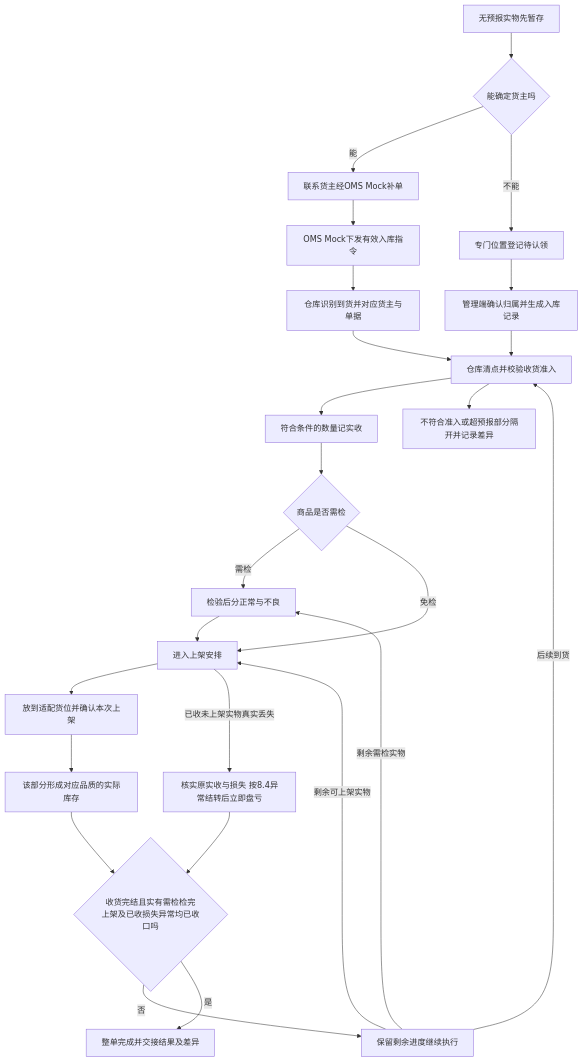
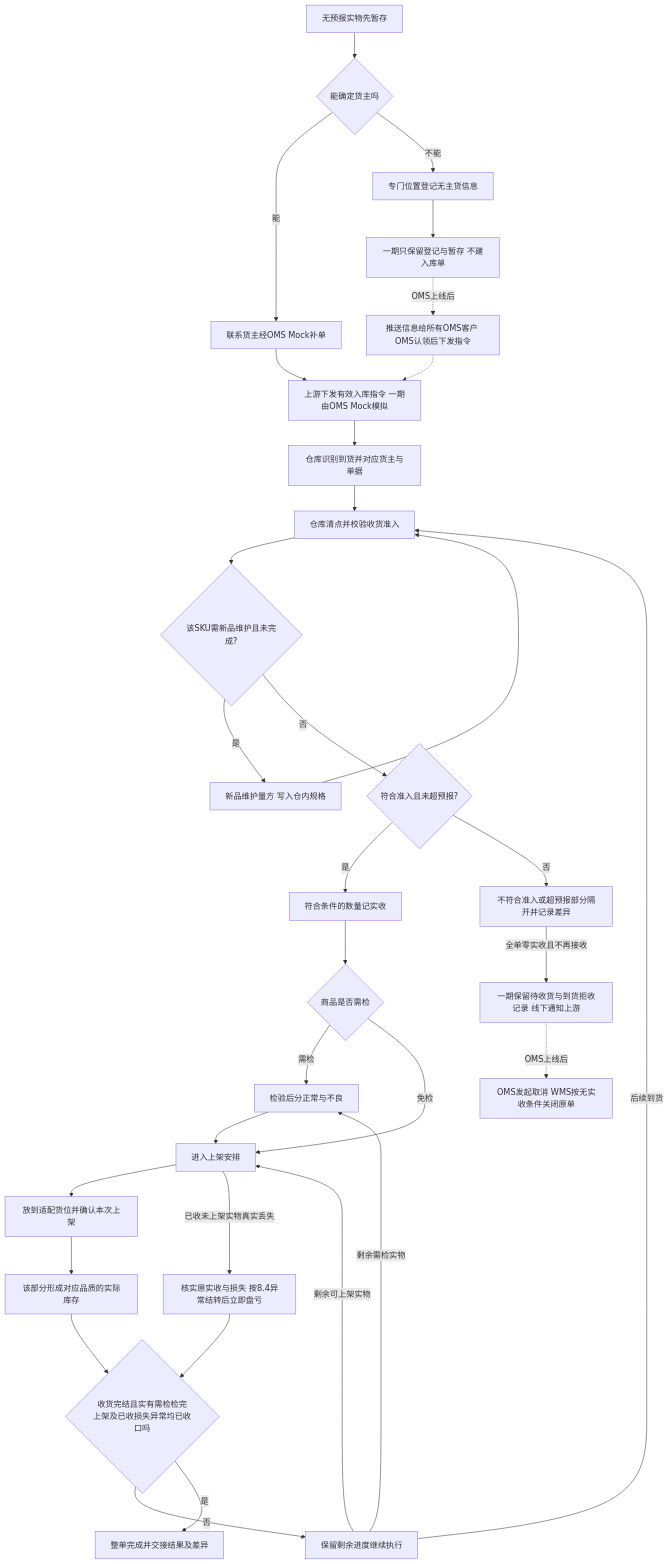
One commit to TopVitamin/QS-WMS-Project changed the diagram in 04-业务分析和设计/02-入库业务设计.md. Above: the diagram before and after it, drawn with Mermaid. The commit also changed other lines of this file and 63 other files, not shown here.

````diff
--- a/04-业务分析和设计/02-入库业务设计.md
+++ b/04-业务分析和设计/02-入库业务设计.md
@@ -92,27 +115,34 @@
 ```mermaid
 flowchart TD
-    A[OMS Mock下发有效入库指令] --> B[仓库识别到货并对应货主与单据]
+    A[上游下发有效入库指令 一期由OMS Mock模拟] --> B[仓库识别到货并对应货主与单据]
     U[无预报实物先暂存] --> C{能确定货主吗}
     C -->|能| D[联系货主经OMS Mock补单]
     D --> A
-    C -->|不能| E[专门位置登记待认领]
-    E --> F[管理端确认归属并生成入库记录]
-    F --> G[仓库清点并校验收货准入]
-    B --> G
-    G --> H[符合条件的数量记实收]
-    G --> X[不符合准入或超预报部分隔开并记录差异]
+    C -->|不能| E[专门位置登记无主货信息]
+    E --> F[一期只保留登记与暂存 不建入库单]
+    F -.->|OMS上线后| FO[推送信息给所有OMS客户 OMS认领后下发指令]
+    FO -.-> A
+    B --> G[仓库清点并校验收货准入]
+    G --> NM{该SKU需新品维护且未完成?}
+    NM -->|是| NP[新品维护量方 写入仓内规格]
+    NP --> G
+    NM -->|否| GA{符合准入且未超预报?}
+    GA -->|是| H[符合条件的数量记实收]
+    GA -->|否| X[不符合准入或超预报部分隔开并记录差异]
+    X -->|全单零实收且不再接收| XC[一期保留待收货与到货拒收记录 线下通知上游]
+    XC -.->|OMS上线后| XO[OMS发起取消 WMS按无实收条件关闭原单]
     H --> I{商品是否需检}
     I -->|需检| J[检验后分正常与不良]
     I -->|免检| K[进入上架安排]
     J --> K
     K --> L[放到适配货位并确认本次上架]
     L --> M[该部分形成对应品质的实际库存]
     M --> N{收货完结且实有需检检完\n上架及已收损失异常均已收口吗}
     K -->|已收未上架实物真实丢失| Z[核实原实收与损失 按8.4异常结转后立即盘亏]
     Z --> N
     N -->|否| O[保留剩余进度继续执行]
     O -->|后续到货| G
     O -->|剩余需检实物| J
     O -->|剩余可上架实物| K
     N -->|是| Q[整单完成并交接结果及差异]
 ```
````
